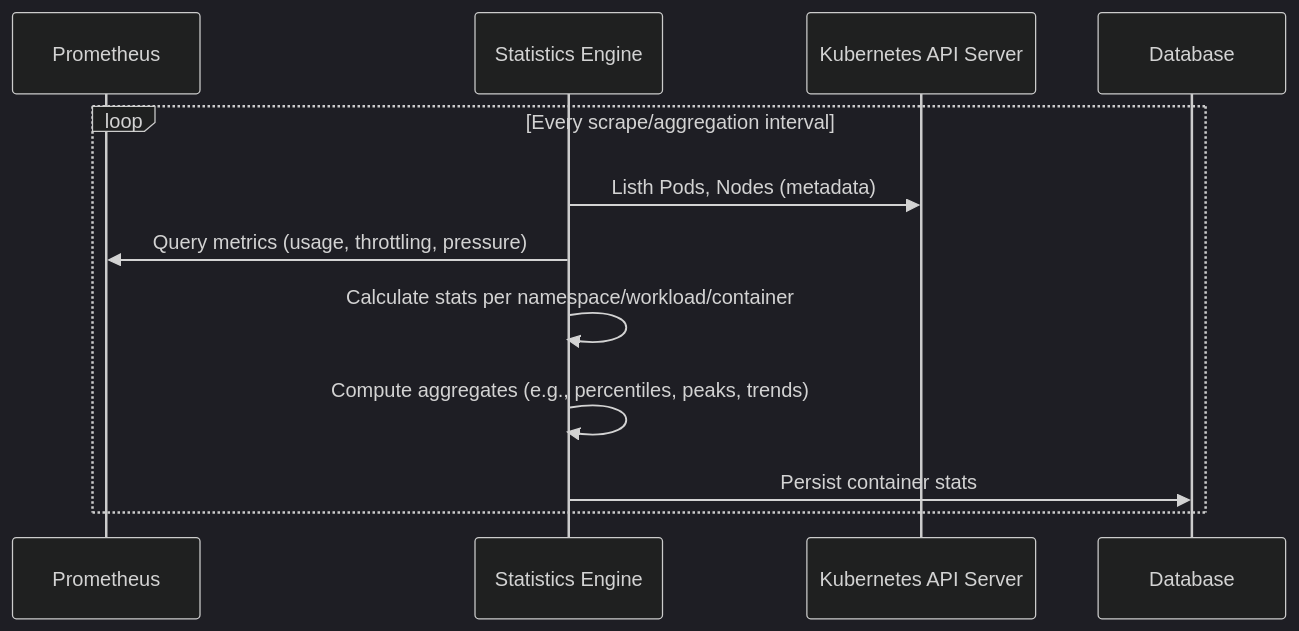
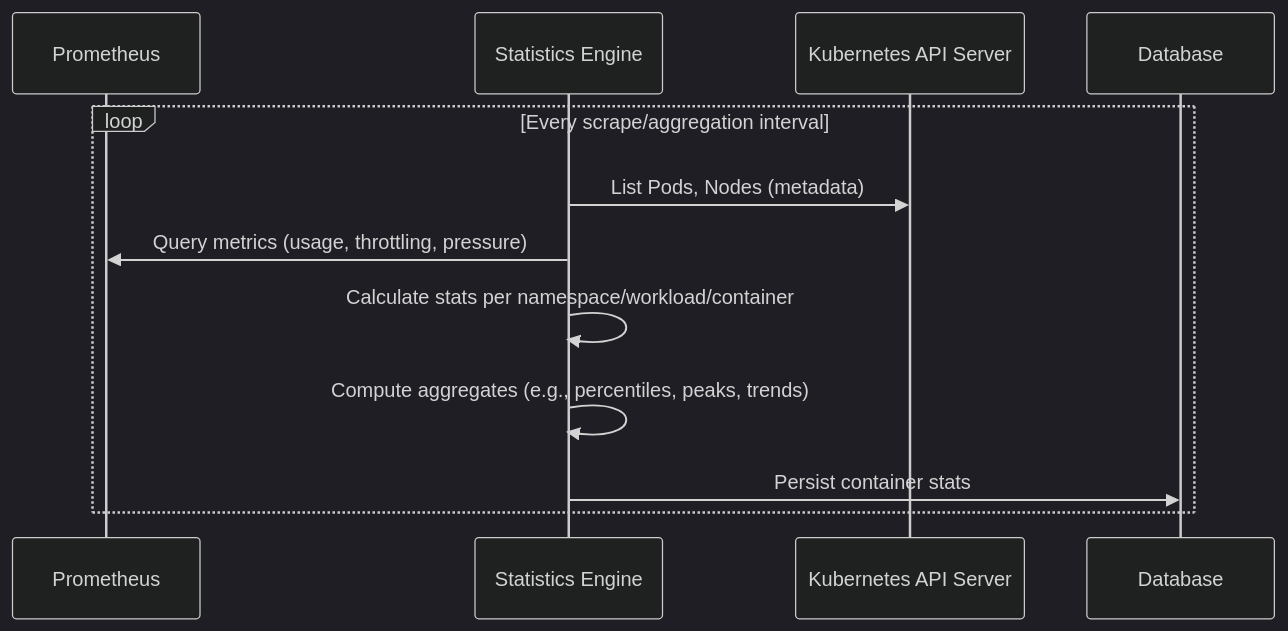
The first of 3 diagrams in docs/src/arch-overview.md (truefoundry/cruiseKube), drawn with Mermaid (dark theme) before and after one commit.

````diff
--- a/docs/src/arch-overview.md
+++ b/docs/src/arch-overview.md
@@ -48,18 +48,18 @@
 ```mermaid
 sequenceDiagram
   %% Autopilot Telemetry Engine – Metrics Collection & Feature Building
 
   participant P as Prometheus
   participant T as Statistics Engine
   participant S as Kubernetes API Server
   participant DB as Database
 
   loop Every scrape/aggregation interval
-    T->>S: Listh Pods, Nodes (metadata)
+    T->>S: List Pods, Nodes (metadata)
     T->>P: Query metrics (usage, throttling, pressure)
     T->>T: Calculate stats per namespace/workload/container
     T->>T: Compute aggregates (e.g., percentiles, peaks, trends)
     T->>DB: Persist container stats
   end
 
 ```
````
